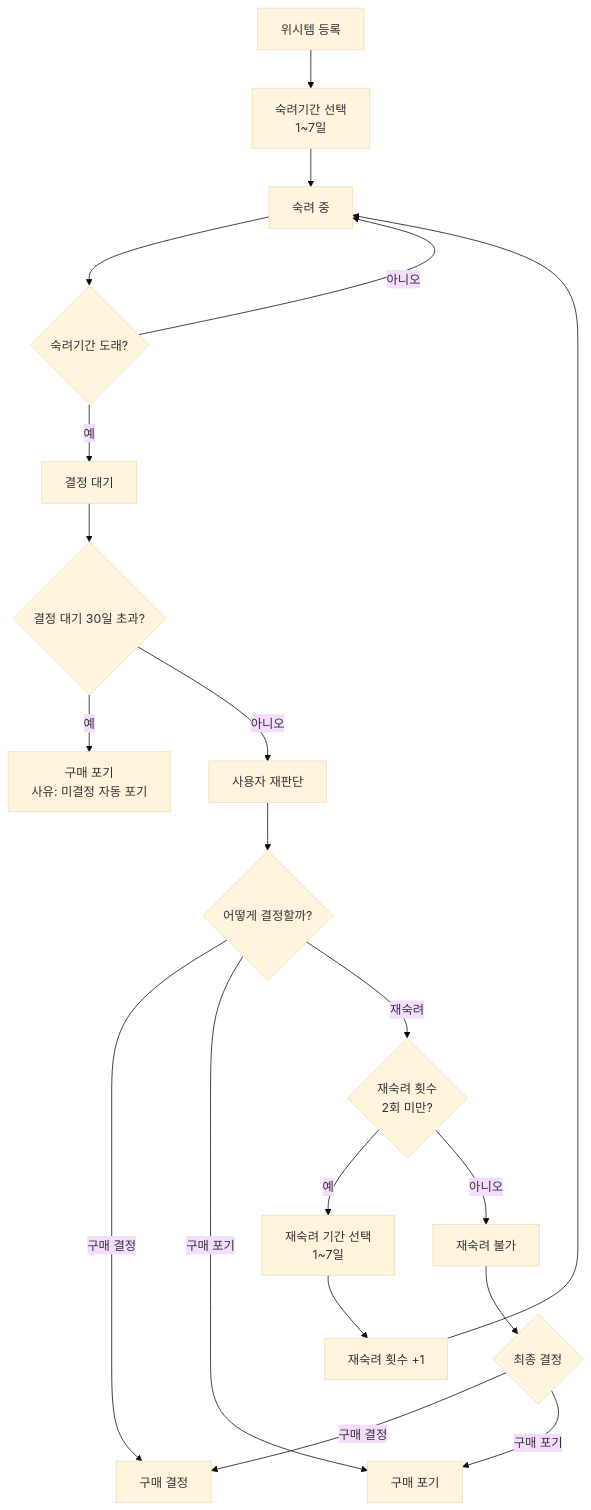
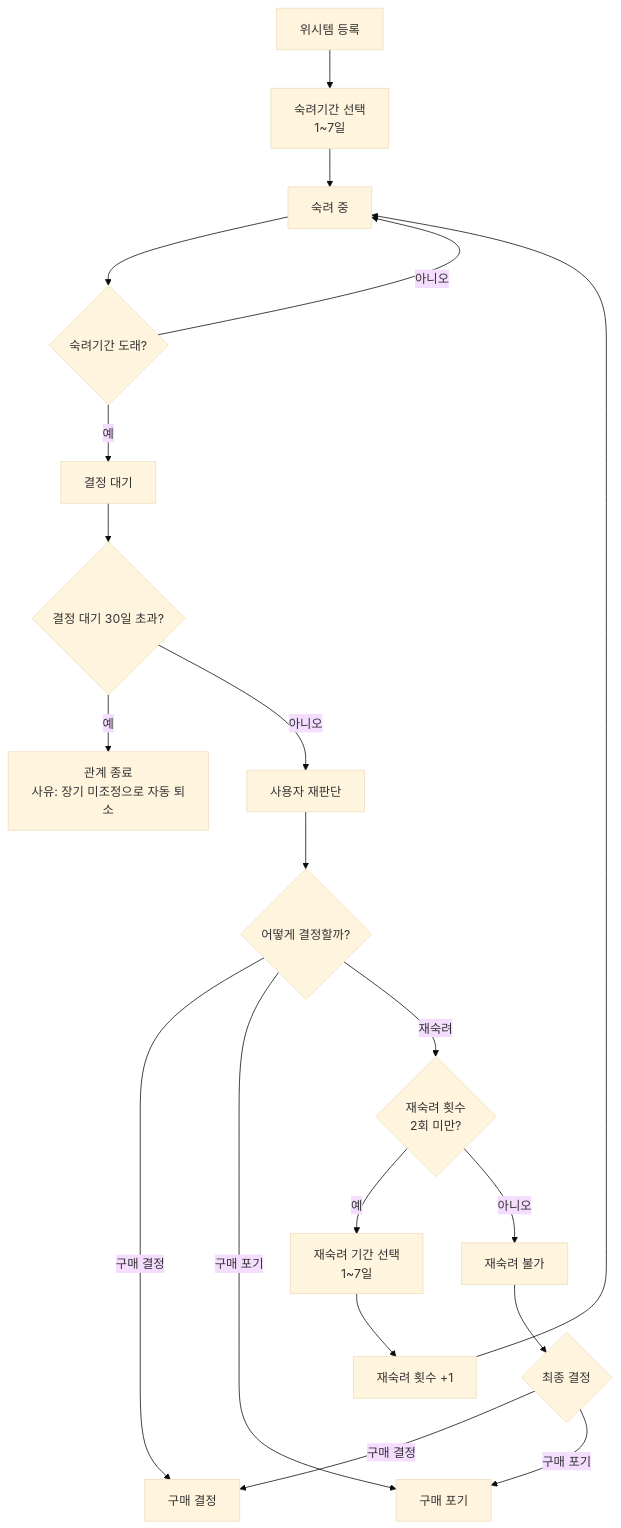
The first of 2 diagrams in CLAUDE.md (Yoonjoo-Leee/wishlist), drawn with Mermaid (base theme) before and after one commit. The commit also changed other lines of this file and 3 other files, not shown here.

````diff
--- a/CLAUDE.md
+++ b/CLAUDE.md
@@ -46,28 +46,28 @@
 ```mermaid
 flowchart TD
     A["위시템 등록"] --> B["숙려기간 선택<br/>1~7일"]
     B --> C["숙려 중"]
 
     C --> D{"숙려기간 도래?"}
     D -- "아니오" --> C
     D -- "예" --> E["결정 대기"]
 
     E --> F{"결정 대기 30일 초과?"}
-    F -- "예" --> G["구매 포기<br/>사유: 미결정 자동 포기"]
+    F -- "예" --> G["관계 종료<br/>사유: 장기 미조정으로 자동 퇴소"]
     F -- "아니오" --> H["사용자 재판단"]
 
     H --> I{"어떻게 결정할까?"}
 
     I -- "구매 결정" --> J["구매 결정"]
     I -- "구매 포기" --> K["구매 포기"]
     I -- "재숙려" --> L{"재숙려 횟수<br/>2회 미만?"}
 
     L -- "예" --> M["재숙려 기간 선택<br/>1~7일"]
     M --> N["재숙려 횟수 +1"]
     N --> C
 
     L -- "아니오" --> O["재숙려 불가"]
     O --> P{"최종 결정"}
     P -- "구매 결정" --> J
     P -- "구매 포기" --> K
 ```
````
